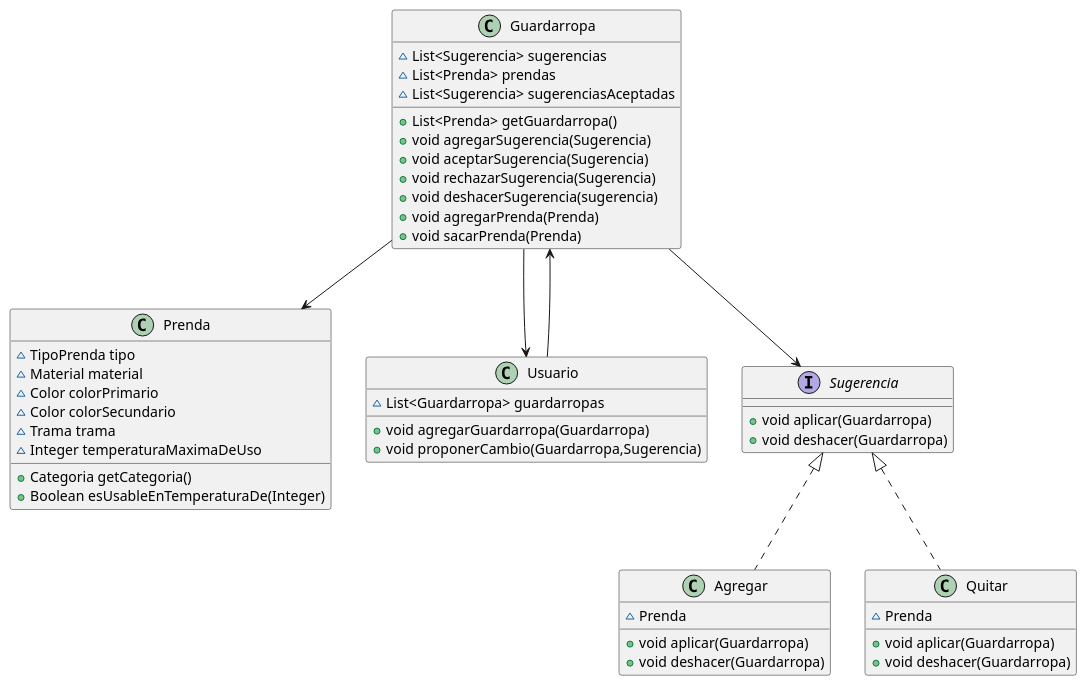
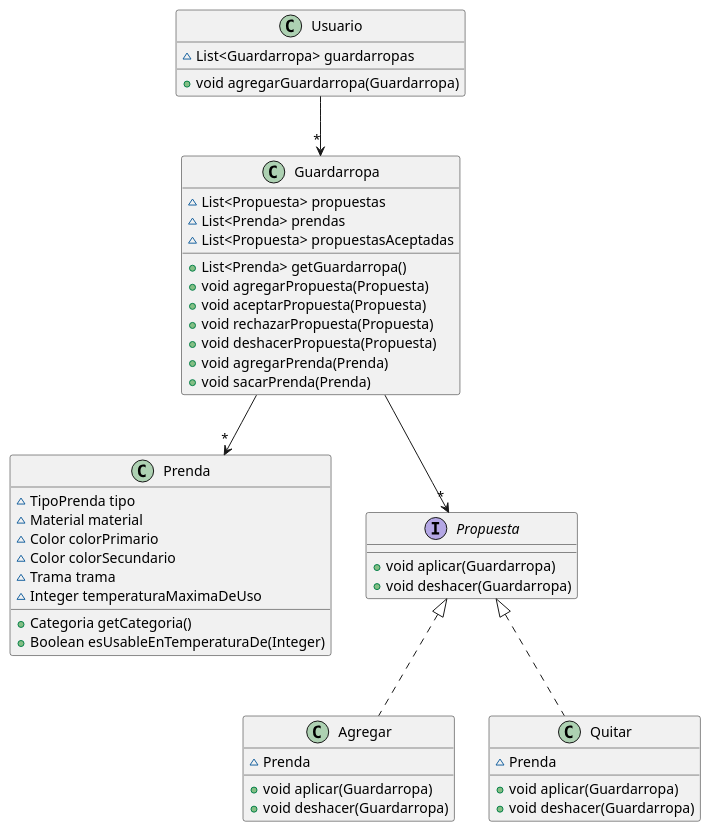
Before and after one commit to mnigliazzo/qmp-grupo10: the diagram in diagram/iteracion5.puml, drawn with PlantUML. The commit also changed 7 other files, not shown here.

```diff
--- a/diagram/iteracion5.puml
+++ b/diagram/iteracion5.puml
@@ -1,53 +1,51 @@
 @startuml
 class Prenda {
 ~ TipoPrenda tipo
 ~ Material material
 ~ Color colorPrimario
 ~ Color colorSecundario
 ~ Trama trama
 ~ Integer temperaturaMaximaDeUso
 + Categoria getCategoria()
 + Boolean esUsableEnTemperaturaDe(Integer)
 }
 class Guardarropa {
-~ List<Sugerencia> sugerencias
+~ List<Propuesta> propuestas
 ~ List<Prenda> prendas
 + List<Prenda> getGuardarropa()
-~ List<Sugerencia> sugerenciasAceptadas
-+ void agregarSugerencia(Sugerencia)
-+ void aceptarSugerencia(Sugerencia)
-+ void rechazarSugerencia(Sugerencia)
-+ void deshacerSugerencia(sugerencia)
+~ List<Propuesta> propuestasAceptadas
++ void agregarPropuesta(Propuesta)
++ void aceptarPropuesta(Propuesta)
++ void rechazarPropuesta(Propuesta)
++ void deshacerPropuesta(Propuesta)
 + void agregarPrenda(Prenda)
 + void sacarPrenda(Prenda)
 
 }
 
 class Usuario {
 ~List<Guardarropa> guardarropas
 +void agregarGuardarropa(Guardarropa)
-+void proponerCambio(Guardarropa,Sugerencia)
 }
 
-interface Sugerencia{
+interface Propuesta{
 + void aplicar(Guardarropa)
 + void deshacer(Guardarropa)
 }
 
-class Agregar implements Sugerencia{
+class Agregar implements Propuesta{
 ~ Prenda
 + void aplicar(Guardarropa)
 + void deshacer(Guardarropa)
 }
-class Quitar implements Sugerencia{
+class Quitar implements Propuesta{
 ~ Prenda
 + void aplicar(Guardarropa)
 + void deshacer(Guardarropa)
 }
-Guardarropa-->Sugerencia
-Guardarropa-->Prenda
-Guardarropa-->Usuario
-Usuario-->Guardarropa
+Guardarropa-->"*"Propuesta
+Guardarropa-->"*"Prenda
+Usuario-->"*"Guardarropa
 
 
 @enduml
```
